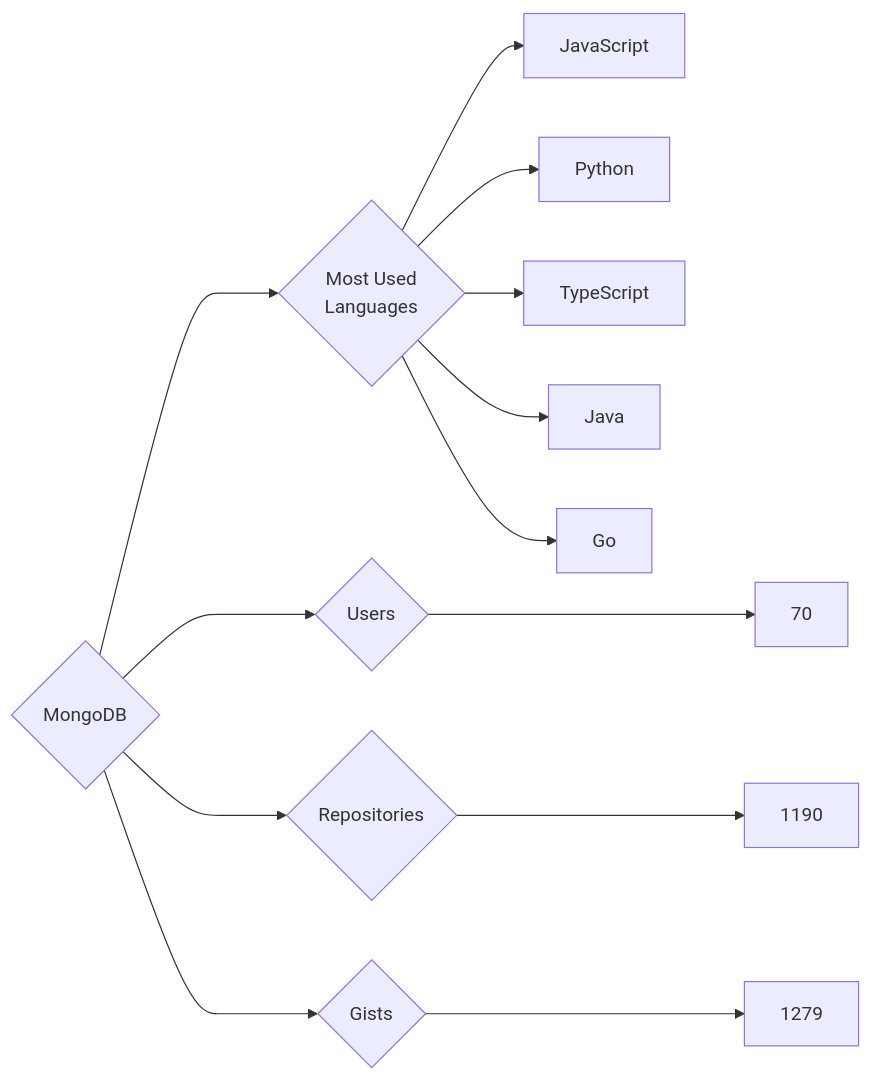
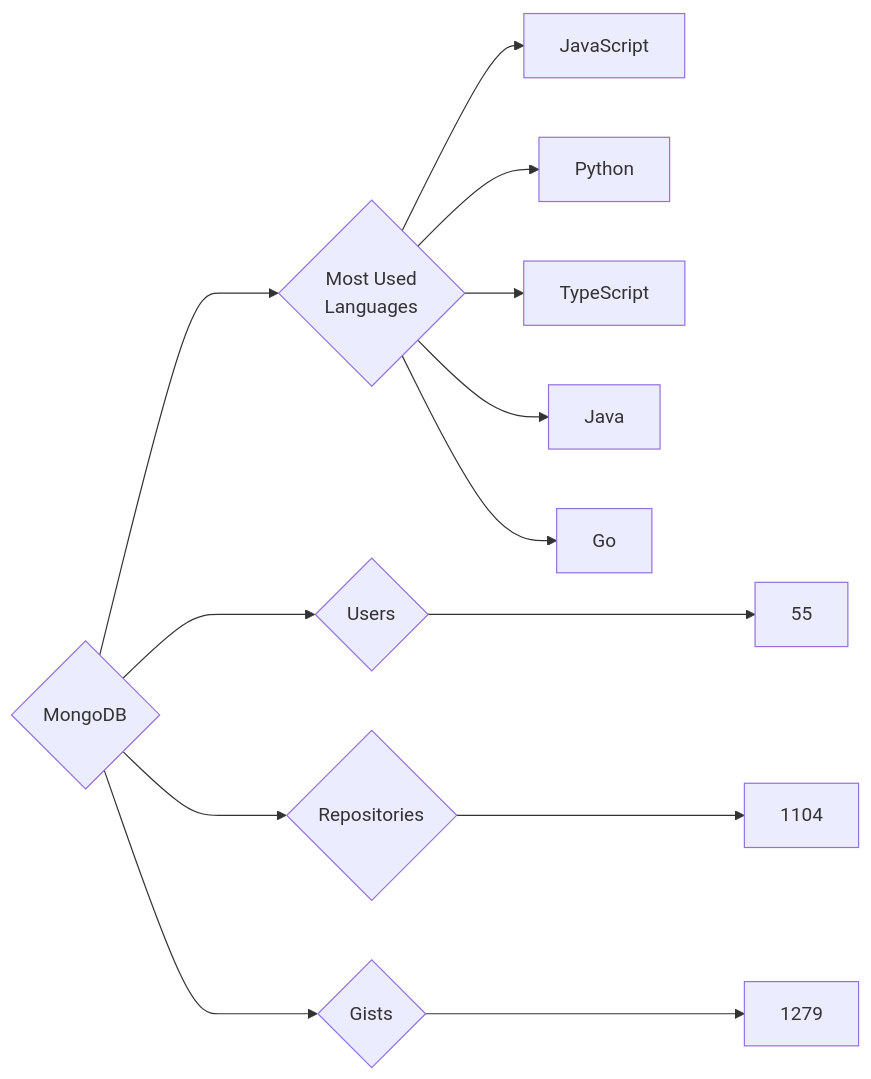
The diagram in targets/MongoDB/README.md (trickest/insiders), drawn with Mermaid before and after one commit. The commit also changed 823 other files, not shown here.

````diff
--- a/targets/MongoDB/README.md
+++ b/targets/MongoDB/README.md
@@ -3,13 +3,13 @@
 ```mermaid
 graph LR
 COMPANY_NAME{MongoDB}
-COMPANY_NAME ---> U{Users} ---> UN[70]
-COMPANY_NAME ---> R{Repositories} ---> RN[1190]
+COMPANY_NAME ---> U{Users} ---> UN[55]
+COMPANY_NAME ---> R{Repositories} ---> RN[1104]
 COMPANY_NAME ---> G{Gists} ---> GN[1279]
 COMPANY_NAME ---> ML{Most Used<br>Languages}
 ML --> JavaScript[JavaScript]
 ML --> Python[Python]
 ML --> TypeScript[TypeScript]
 ML --> Java[Java]
 ML --> Go[Go]
 ```
````
